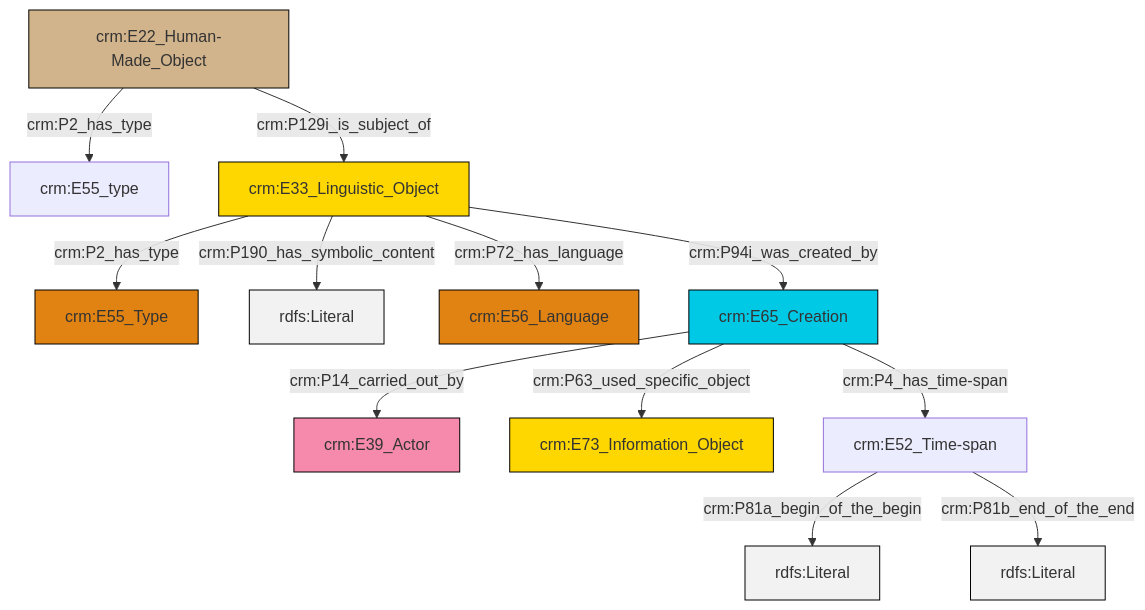
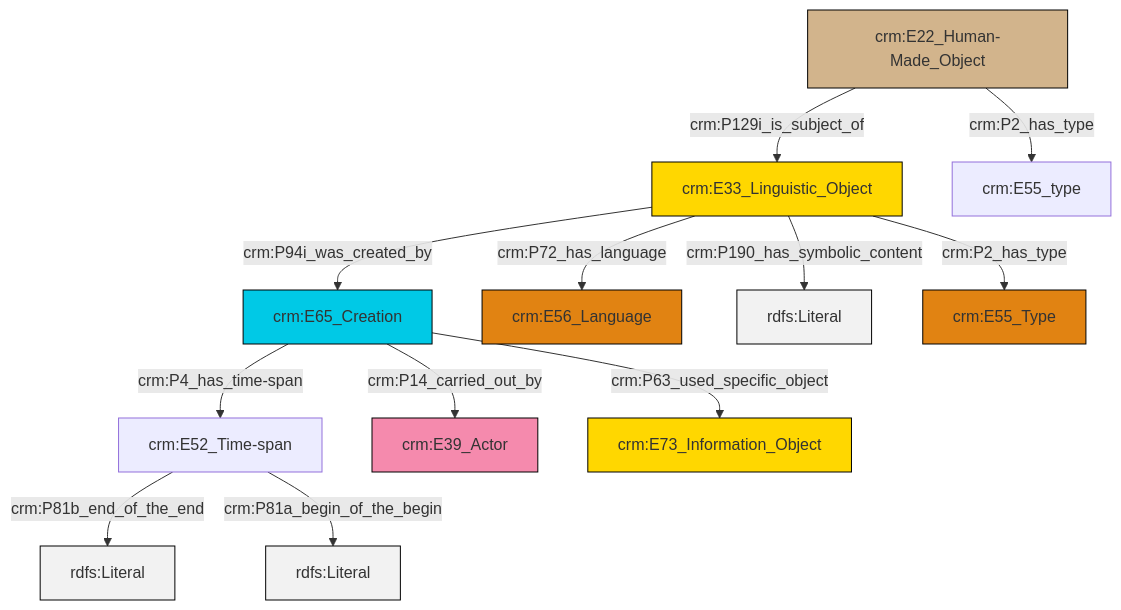
The diagram in et/artworkCSV/ttl/mmd/Artwork_Description.ttl.mmd (swiss-art-research-net/reference-data-models), drawn with Mermaid before and after one commit. The commit also changed 150 other files, not shown here.

```diff
--- a/et/artworkCSV/ttl/mmd/Artwork_Description.ttl.mmd
+++ b/et/artworkCSV/ttl/mmd/Artwork_Description.ttl.mmd
@@ -1,26 +1,26 @@
 graph TD
 classDef Literal fill:#f2f2f2,stroke:#000000;
 classDef CRM_Entity fill:#FFFFFF,stroke:#000000;
 classDef Temporal_Entity fill:#00C9E6, stroke:#000000;
 classDef Type fill:#E18312, stroke:#000000;
 classDef Time-Span fill:#2C9C91, stroke:#000000;
 classDef Appellation fill:#FFEB7F, stroke:#000000;
 classDef Place fill:#008836, stroke:#000000;
 classDef Persistent_Item fill:#B266B2, stroke:#000000;
 classDef Conceptual_Object fill:#FFD700, stroke:#000000;
 classDef Physical_Thing fill:#D2B48C, stroke:#000000;
 classDef Actor fill:#f58aad, stroke:#000000;
 classDef PC_Classes fill:#4ce600, stroke:#000000;
 classDef Multi fill:#cccccc,stroke:#000000;
 
-0["crm:E22_Human-Made_Object"]:::Physical_Thing -->|crm:P2_has_type| 1["crm:E55_type"]:::Default
-4["crm:E33_Linguistic_Object"]:::Conceptual_Object -->|crm:P2_has_type| 5["crm:E55_Type"]:::Type
-4["crm:E33_Linguistic_Object"]:::Conceptual_Object -->|crm:P190_has_symbolic_content| 8[rdfs:Literal]:::Literal
-9["crm:E52_Time-span"]:::Default -->|crm:P81a_begin_of_the_begin| 10[rdfs:Literal]:::Literal
-0["crm:E22_Human-Made_Object"]:::Physical_Thing -->|crm:P129i_is_subject_of| 4["crm:E33_Linguistic_Object"]:::Conceptual_Object
-4["crm:E33_Linguistic_Object"]:::Conceptual_Object -->|crm:P72_has_language| 11["crm:E56_Language"]:::Type
-9["crm:E52_Time-span"]:::Default -->|crm:P81b_end_of_the_end| 13[rdfs:Literal]:::Literal
-15["crm:E65_Creation"]:::Temporal_Entity -->|crm:P63_used_specific_object| 6["crm:E73_Information_Object"]:::Conceptual_Object
-15["crm:E65_Creation"]:::Temporal_Entity -->|crm:P4_has_time-span| 9["crm:E52_Time-span"]:::Default
-15["crm:E65_Creation"]:::Temporal_Entity -->|crm:P14_carried_out_by| 2["crm:E39_Actor"]:::Actor
-4["crm:E33_Linguistic_Object"]:::Conceptual_Object -->|crm:P94i_was_created_by| 15["crm:E65_Creation"]:::Temporal_Entity
+2["crm:E65_Creation"]:::Temporal_Entity -->|crm:P14_carried_out_by| 3["crm:E39_Actor"]:::Actor
+4["crm:E33_Linguistic_Object"]:::Conceptual_Object -->|crm:P72_has_language| 5["crm:E56_Language"]:::Type
+2["crm:E65_Creation"]:::Temporal_Entity -->|crm:P63_used_specific_object| 6["crm:E73_Information_Object"]:::Conceptual_Object
+0["crm:E52_Time-span"]:::Default -->|crm:P81b_end_of_the_end| 11[rdfs:Literal]:::Literal
+4["crm:E33_Linguistic_Object"]:::Conceptual_Object -->|crm:P190_has_symbolic_content| 13[rdfs:Literal]:::Literal
+4["crm:E33_Linguistic_Object"]:::Conceptual_Object -->|crm:P2_has_type| 14["crm:E55_Type"]:::Type
+2["crm:E65_Creation"]:::Temporal_Entity -->|crm:P4_has_time-span| 0["crm:E52_Time-span"]:::Default
+4["crm:E33_Linguistic_Object"]:::Conceptual_Object -->|crm:P94i_was_created_by| 2["crm:E65_Creation"]:::Temporal_Entity
+9["crm:E22_Human-Made_Object"]:::Physical_Thing -->|crm:P129i_is_subject_of| 4["crm:E33_Linguistic_Object"]:::Conceptual_Object
+9["crm:E22_Human-Made_Object"]:::Physical_Thing -->|crm:P2_has_type| 17["crm:E55_type"]:::Default
+0["crm:E52_Time-span"]:::Default -->|crm:P81a_begin_of_the_begin| 20[rdfs:Literal]:::Literal
```
